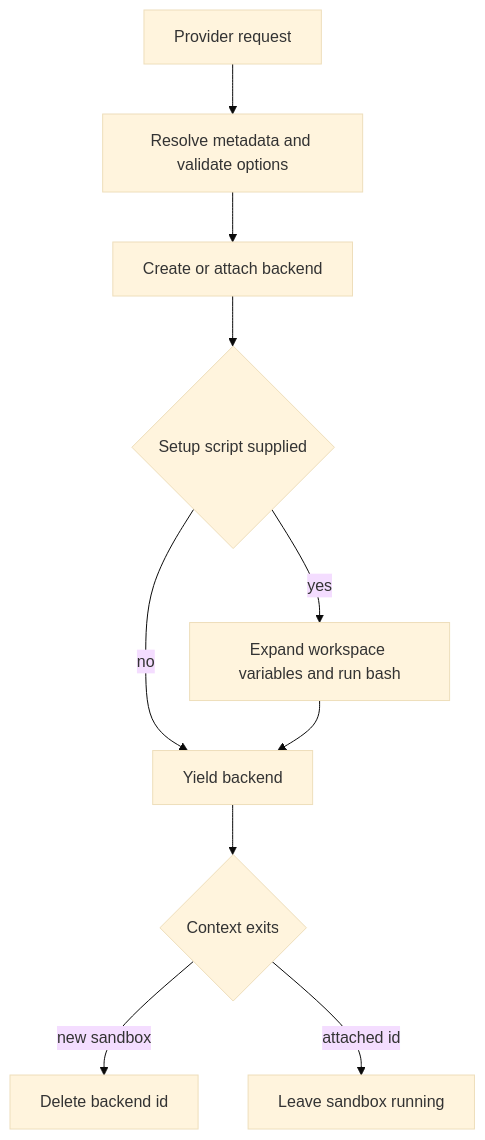
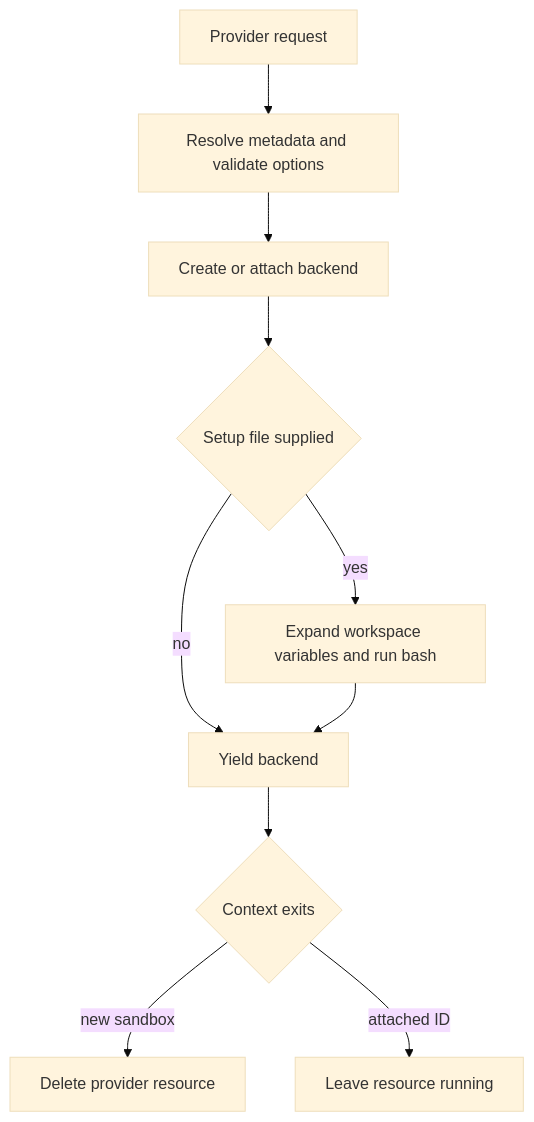
The second of 3 diagrams in openwiki/integrations/sandbox-partners.md (langchain-ai/deepagents), drawn with Mermaid (base theme) before and after one commit. The commit also changed other lines of this file and 41 other files, not shown here.

````diff
--- a/openwiki/integrations/sandbox-partners.md
+++ b/openwiki/integrations/sandbox-partners.md
@@ -107,12 +88,12 @@
 ```mermaid
 flowchart TD
     Request["Provider request"] --> Validate["Resolve metadata and validate options"]
     Validate --> Acquire["Create or attach backend"]
-    Acquire --> Setup{"Setup script supplied"}
-    Setup -->|yes| Execute["Expand workspace variables and run bash"]
+    Acquire --> Setup{"Setup file supplied"}
+    Setup -->|yes| Run["Expand workspace variables and run bash"]
     Setup -->|no| Use["Yield backend"]
-    Execute --> Use
+    Run --> Use
     Use --> Close{"Context exits"}
-    Close -->|new sandbox| Delete["Delete backend id"]
-    Close -->|attached id| Retain["Leave sandbox running"]
+    Close -->|new sandbox| Delete["Delete provider resource"]
+    Close -->|attached ID| Keep["Leave resource running"]
 ```
````
